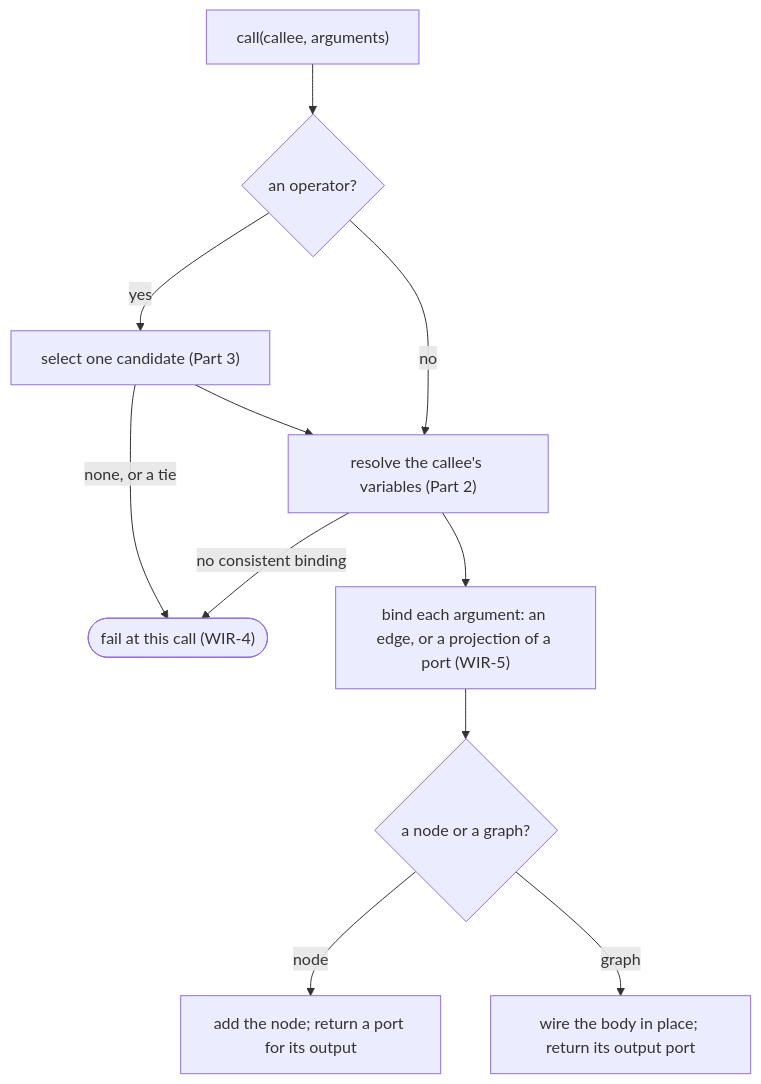
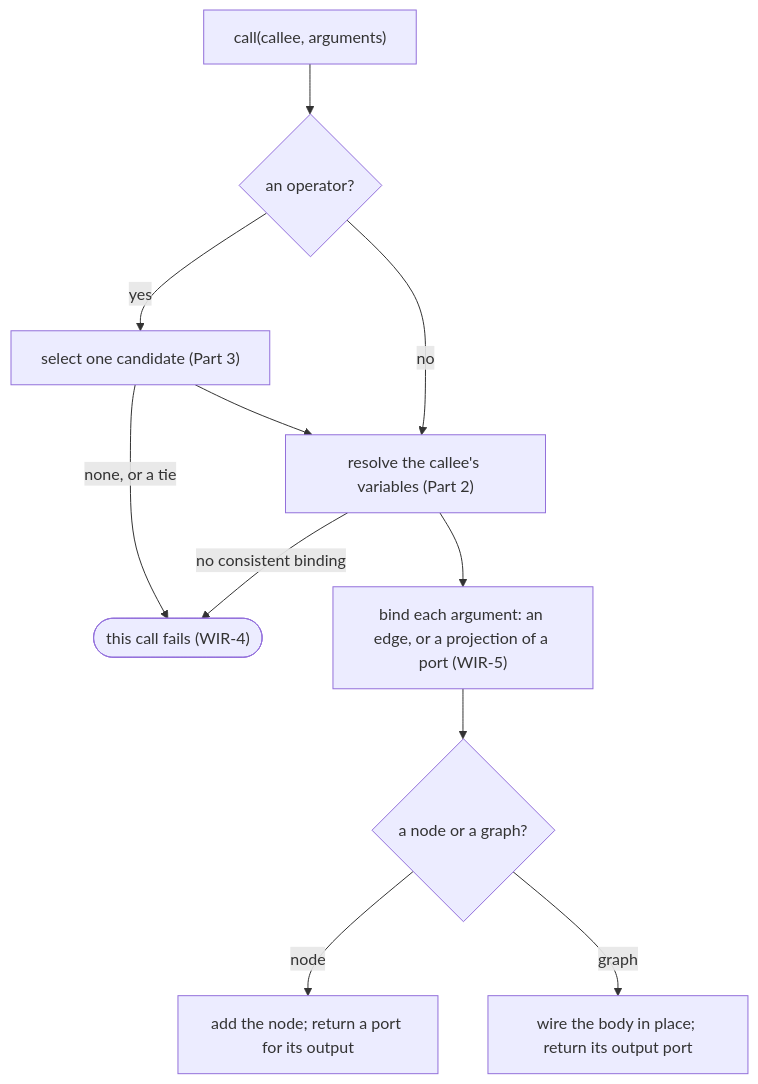
One commit to hhenson/hgraph changed the third of 5 diagrams in docs/source/runtime_spec/wiring.md. Above: the diagram before and after it, drawn with Mermaid. The commit also changed other lines of this file and 4 other files, not shown here.

````diff
--- a/docs/source/runtime_spec/wiring.md
+++ b/docs/source/runtime_spec/wiring.md
@@ -117,13 +116,13 @@
 ```mermaid
 flowchart TD
     C["call(callee, arguments)"] --> O{"an operator?"}
     O -- "yes" --> S["select one candidate (Part 3)"]
     O -- "no" --> R
-    S -- "none, or a tie" --> F(["fail at this call (WIR-4)"])
+    S -- "none, or a tie" --> F(["this call fails (WIR-4)"])
     S --> R["resolve the callee's variables (Part 2)"]
     R -- "no consistent binding" --> F
     R --> B["bind each argument: an edge, or a projection of a port (WIR-5)"]
     B --> K{"a node or a graph?"}
     K -- "node" --> N["add the node; return a port for its output"]
     K -- "graph" --> G["wire the body in place; return its output port"]
 ```
````
